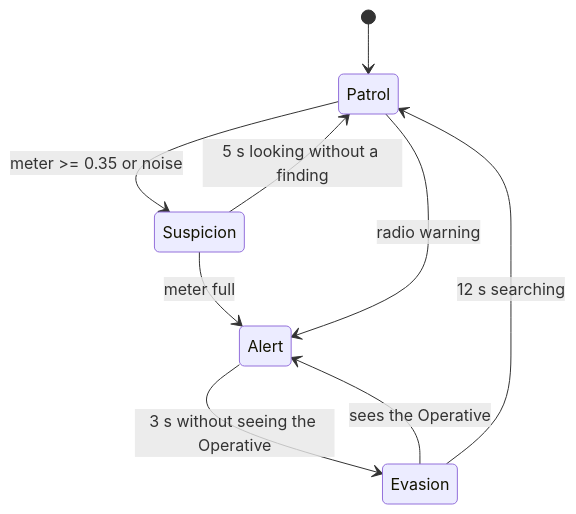
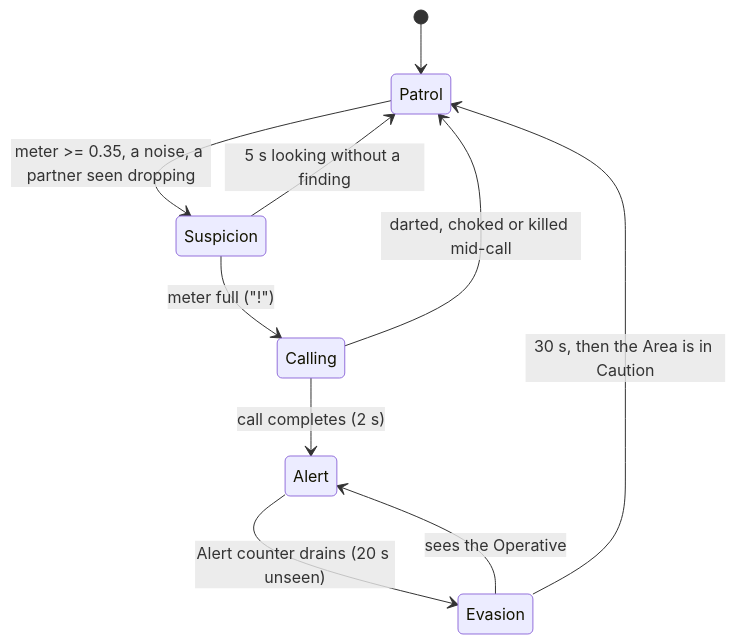
The second of 3 diagrams in docs/writeup.md (CamiloParraS/codename-DORO), drawn with Mermaid before and after one commit. The commit also changed other lines of this file, not shown here.

First line of the commit message:
docs(writeup): add the Alert chain, Caution, partner reaction, Hold-up, Fulton and Rank

````diff
--- a/docs/writeup.md
+++ b/docs/writeup.md
@@ -49,11 +57,12 @@
 ```mermaid
 stateDiagram-v2
   [*] --> Patrol
-  Patrol --> Suspicion: meter >= 0.35 or noise
+  Patrol --> Suspicion: meter >= 0.35, a noise, a partner seen dropping
   Suspicion --> Patrol: 5 s looking without a finding
-  Suspicion --> Alert: meter full
-  Patrol --> Alert: radio warning
-  Alert --> Evasion: 3 s without seeing the Operative
+  Suspicion --> Calling: meter full ("!")
+  Calling --> Patrol: darted, choked or killed mid-call
+  Calling --> Alert: call completes (2 s)
+  Alert --> Evasion: Alert counter drains (20 s unseen)
   Evasion --> Alert: sees the Operative
-  Evasion --> Patrol: 12 s searching
+  Evasion --> Patrol: 30 s, then the Area is in Caution
 ```
````
